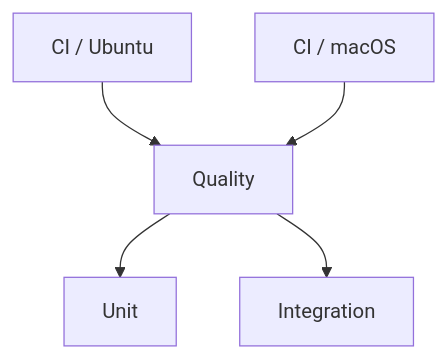
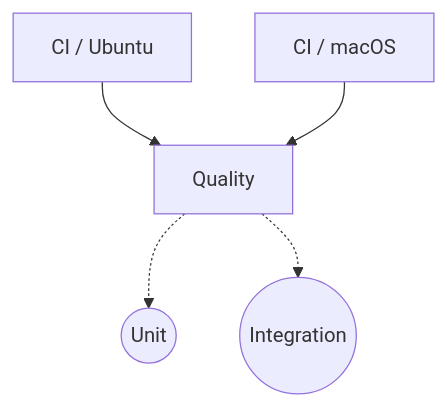
The diagram in docs/CI.md (mhambre/sparseio), drawn with Mermaid before and after one commit.

Commit message:
Make separation clearer

````diff
--- a/docs/CI.md
+++ b/docs/CI.md
@@ -12,13 +12,13 @@
 ```mermaid
 flowchart TD
     U["CI / Ubuntu"]
     M["CI / macOS"]
     Q["Quality"]
-    T["Unit"]
-    I["Integration"]
+    T(("Unit"))
+    I(("Integration"))
 
     U --> Q
     M --> Q
-    Q --> T
-    Q --> I
+    Q -.-> T
+    Q -.-> I
 ```
````
